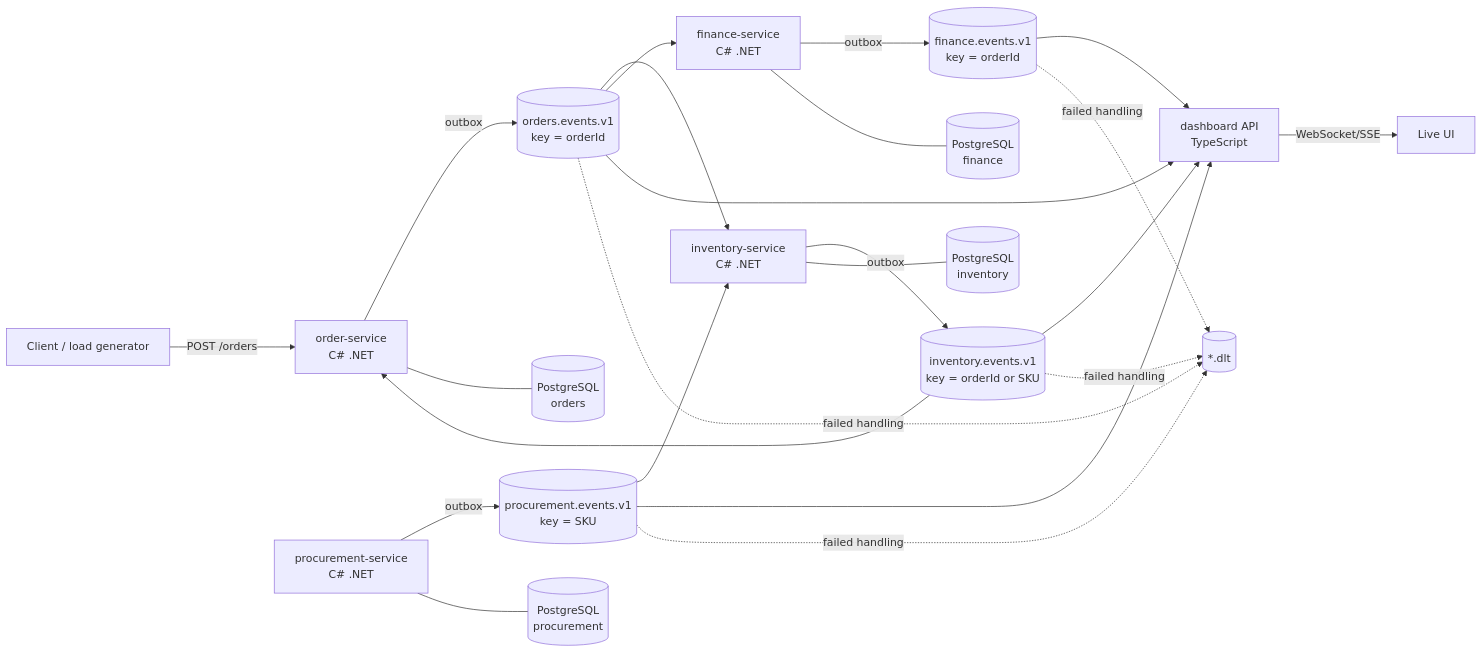
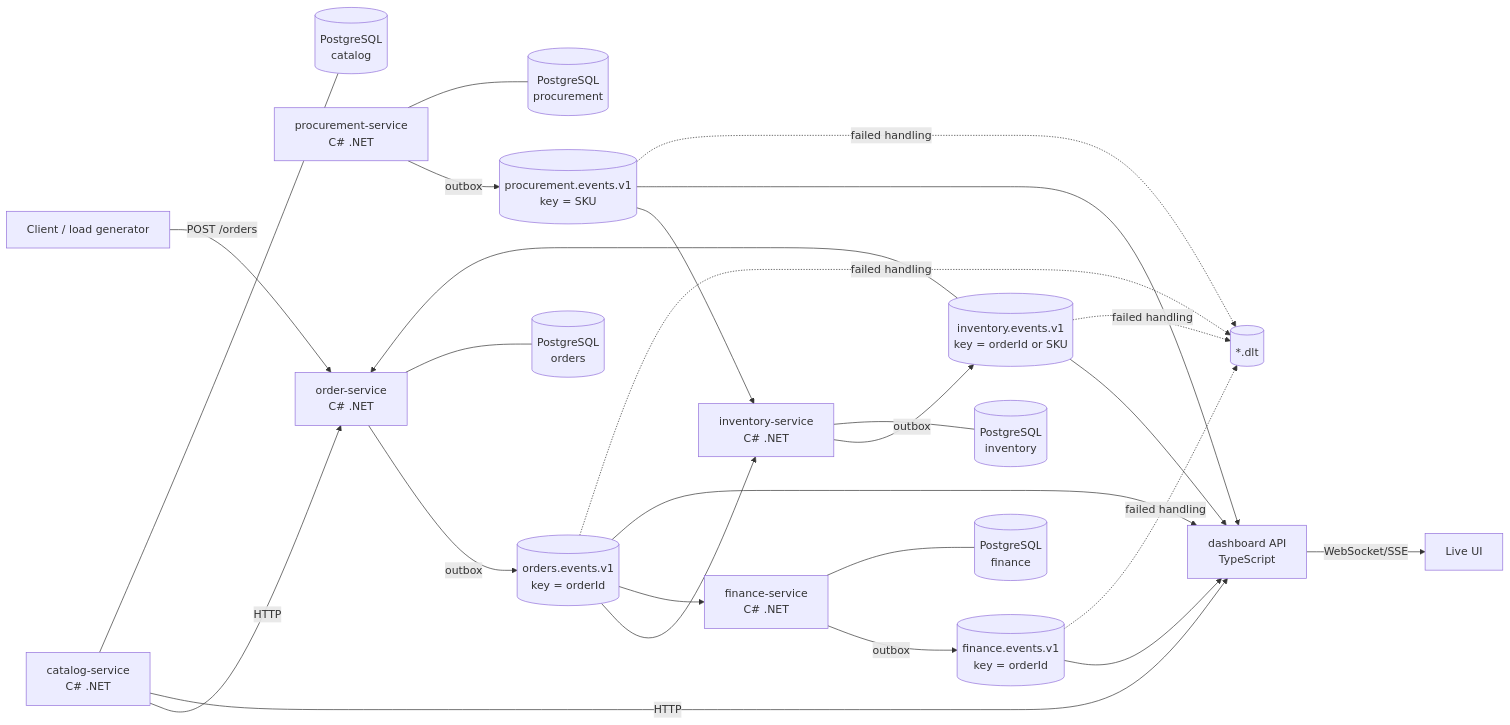
The diagram in docs/architecture.md (developer-az/logos), drawn with Mermaid before and after one commit. The commit also changed other lines of this file and 56 other files, not shown here.

````diff
--- a/docs/architecture.md
+++ b/docs/architecture.md
@@ -5,25 +5,28 @@
 ```mermaid
 flowchart LR
   C[Client / load generator] -- POST /orders --> O[order-service<br/>C# .NET]
   O -- outbox --> OT[(orders.events.v1<br/>key = orderId)]
   OT --> I[inventory-service<br/>C# .NET]
   I -- outbox --> IT[(inventory.events.v1<br/>key = orderId or SKU)]
   IT --> O
   P[procurement-service<br/>C# .NET] -- outbox --> PT[(procurement.events.v1<br/>key = SKU)]
   PT --> I
   F[finance-service<br/>C# .NET] -- outbox --> FT[(finance.events.v1<br/>key = orderId)]
   OT --> F
+  CAT[catalog-service<br/>C# .NET] -- HTTP --> O
+  CAT -- HTTP --> D
   O --- OP[(PostgreSQL<br/>orders)]
   I --- IP[(PostgreSQL<br/>inventory)]
   P --- PP[(PostgreSQL<br/>procurement)]
   F --- FP[(PostgreSQL<br/>finance)]
+  CAT --- CP[(PostgreSQL<br/>catalog)]
   OT --> D[dashboard API<br/>TypeScript]
   IT --> D
   PT --> D
   FT --> D
   D -- WebSocket/SSE --> UI[Live UI]
   OT -. failed handling .-> DLT[(*.dlt)]
   IT -. failed handling .-> DLT
   PT -. failed handling .-> DLT
   FT -. failed handling .-> DLT
 ```
````
